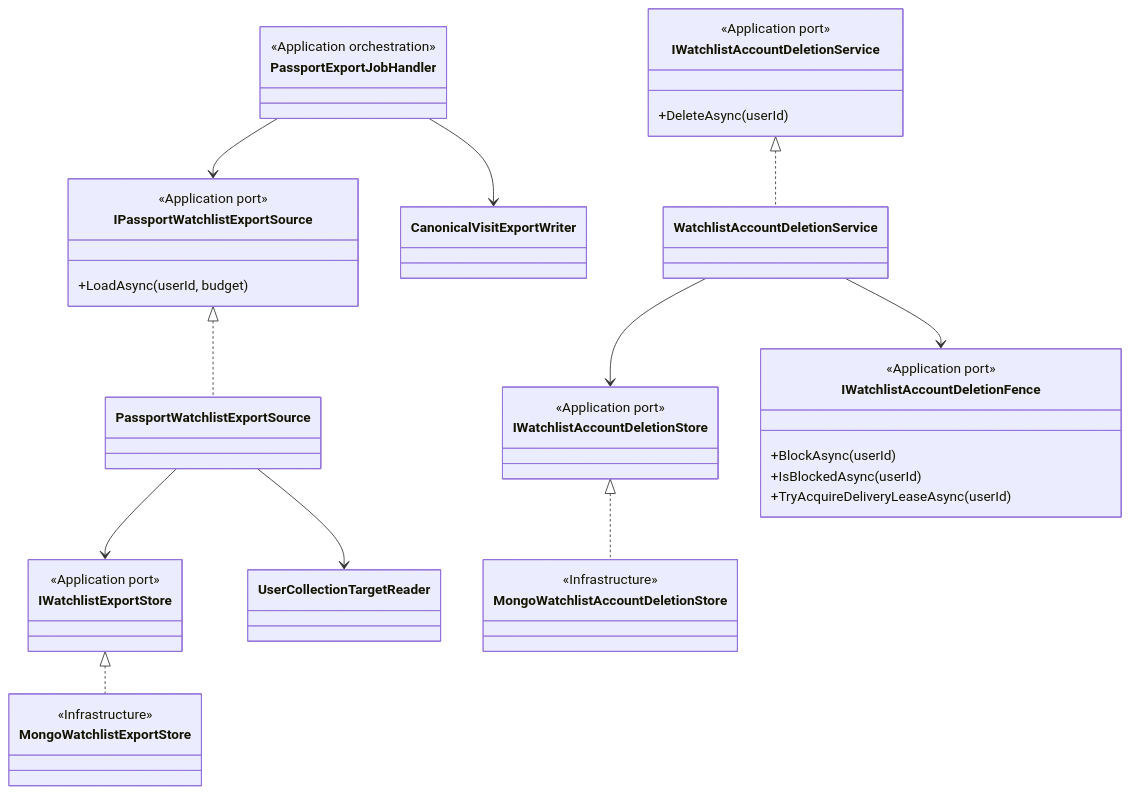
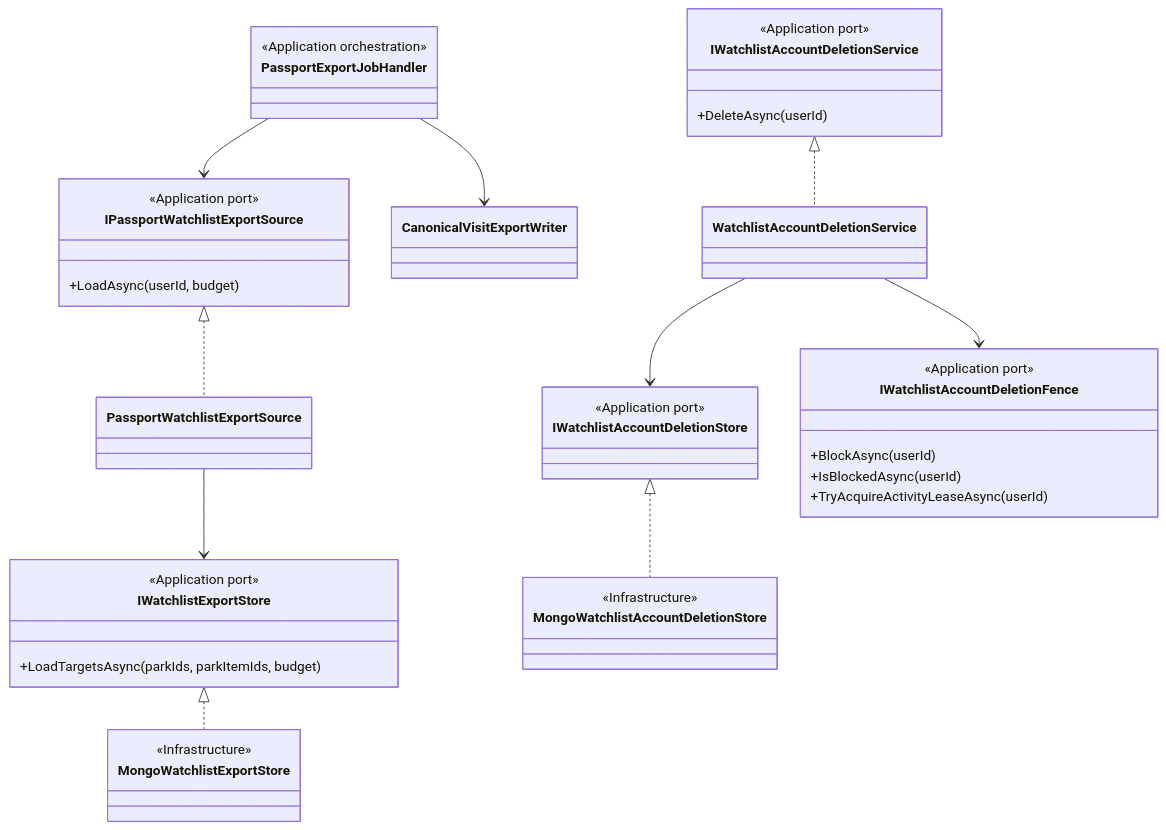
Before and after one commit to Ced59/AmusementParkProject: the second of 4 diagrams in docs/architecture/product-growth-watch-11-data-lifecycle-2026-09-17.md, drawn with Mermaid. The commit also changed other lines of this file and 12 other files, not shown here.

````diff
--- a/docs/architecture/product-growth-watch-11-data-lifecycle-2026-09-17.md
+++ b/docs/architecture/product-growth-watch-11-data-lifecycle-2026-09-17.md
@@ -63,47 +66,46 @@
 ```mermaid
 classDiagram
     class PassportExportJobHandler {
       <<Application orchestration>>
     }
     class IPassportWatchlistExportSource {
       <<Application port>>
       +LoadAsync(userId, budget)
     }
     class PassportWatchlistExportSource
     class IWatchlistExportStore {
       <<Application port>>
+      +LoadTargetsAsync(parkIds, parkItemIds, budget)
     }
     class MongoWatchlistExportStore {
       <<Infrastructure>>
     }
-    class UserCollectionTargetReader
     class CanonicalVisitExportWriter
     class IWatchlistAccountDeletionService {
       <<Application port>>
       +DeleteAsync(userId)
     }
     class WatchlistAccountDeletionService
     class IWatchlistAccountDeletionStore {
       <<Application port>>
     }
     class IWatchlistAccountDeletionFence {
       <<Application port>>
       +BlockAsync(userId)
       +IsBlockedAsync(userId)
-      +TryAcquireDeliveryLeaseAsync(userId)
+      +TryAcquireActivityLeaseAsync(userId)
     }
     class MongoWatchlistAccountDeletionStore {
       <<Infrastructure>>
     }
 
     PassportExportJobHandler --> IPassportWatchlistExportSource
     IPassportWatchlistExportSource <|.. PassportWatchlistExportSource
     PassportWatchlistExportSource --> IWatchlistExportStore
-    PassportWatchlistExportSource --> UserCollectionTargetReader
     IWatchlistExportStore <|.. MongoWatchlistExportStore
     PassportExportJobHandler --> CanonicalVisitExportWriter
     IWatchlistAccountDeletionService <|.. WatchlistAccountDeletionService
     WatchlistAccountDeletionService --> IWatchlistAccountDeletionStore
     WatchlistAccountDeletionService --> IWatchlistAccountDeletionFence
     IWatchlistAccountDeletionStore <|.. MongoWatchlistAccountDeletionStore
 ```
````
